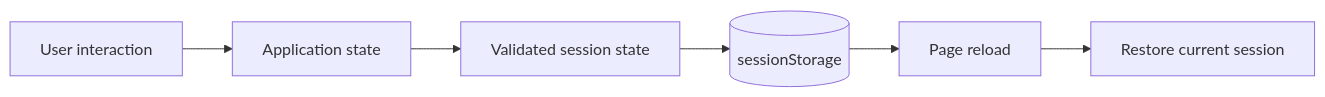
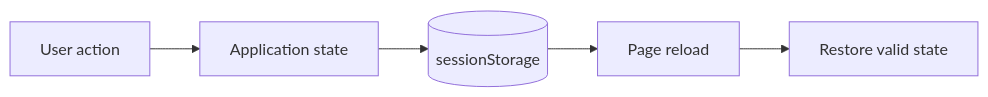
Before and after one commit to chamanvashishth/Qubit_Lab: the fourth of 5 diagrams in README.md, drawn with Mermaid. The commit also changed other lines of this file, not shown here.

````diff
--- a/README.md
+++ b/README.md
@@ -320,8 +361,7 @@
 ```mermaid
 flowchart LR
-    ACTION[User interaction] --> STATE[Application state]
-    STATE --> SAVE[Validated session state]
-    SAVE --> STORAGE[(sessionStorage)]
+    ACTION[User action] --> STATE[Application state]
+    STATE --> STORAGE[(sessionStorage)]
     STORAGE --> RELOAD[Page reload]
-    RELOAD --> RESTORE[Restore current session]
+    RELOAD --> RESTORE[Restore valid state]
 ```
````
